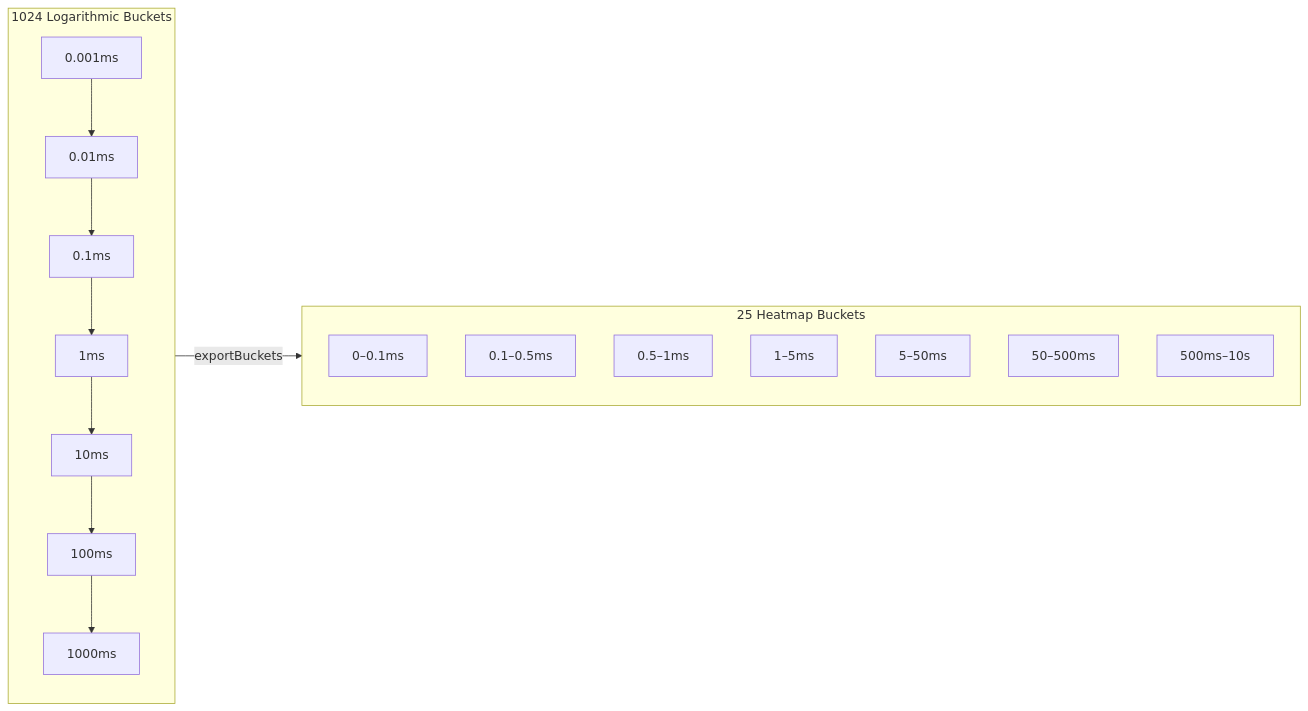
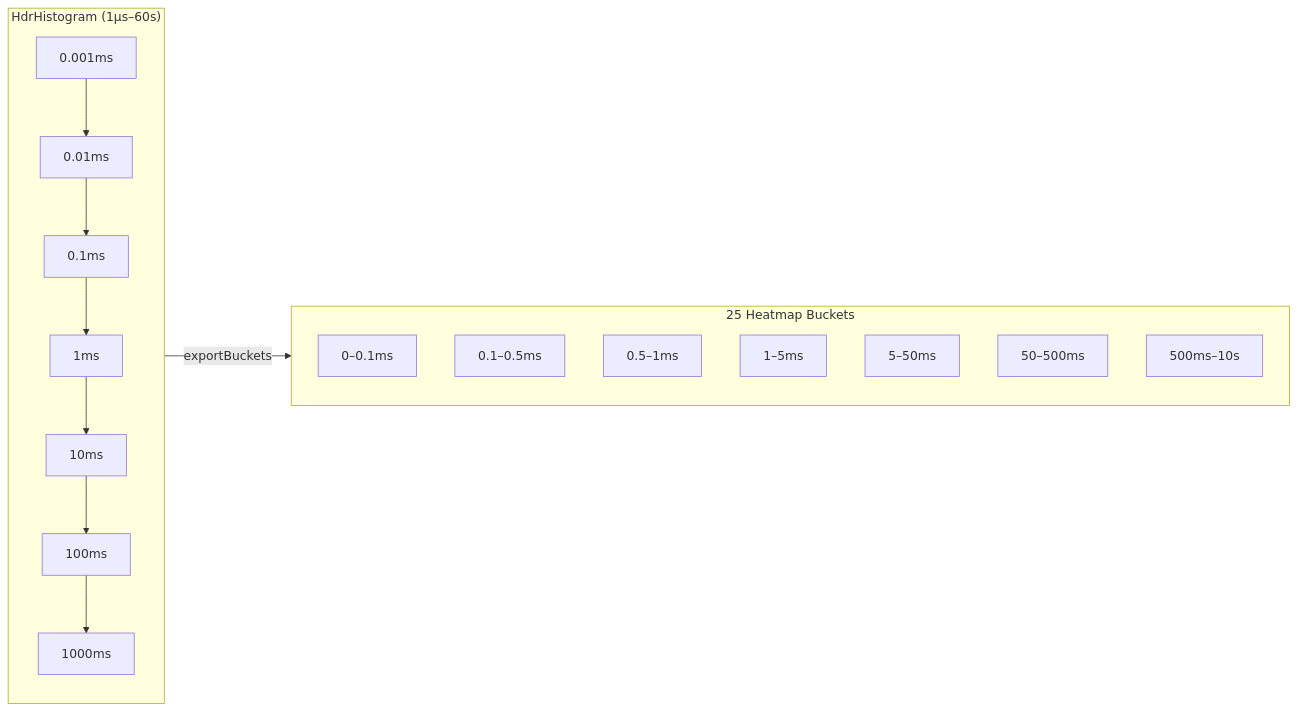
The third of 8 diagrams in docs/book/02-architecture.md (actions-marketplace-validations/bmscomp_kates), drawn with Mermaid before and after one commit. The commit also changed other lines of this file and 23 other files, not shown here.

````diff
--- a/docs/book/02-architecture.md
+++ b/docs/book/02-architecture.md
@@ -124,18 +124,18 @@
 ```mermaid
 graph LR
-    subgraph Internal["1024 Logarithmic Buckets"]
+    subgraph Internal["HdrHistogram (1µs–60s)"]
         B1["0.001ms"] --> B2["0.01ms"] --> B3["0.1ms"] --> B4["1ms"] --> B5["10ms"] --> B6["100ms"] --> B7["1000ms"]
     end
     
     subgraph Export["25 Heatmap Buckets"]
         H1["0–0.1ms"]
         H2["0.1–0.5ms"]
         H3["0.5–1ms"]
         H4["1–5ms"]
         H5["5–50ms"]
         H6["50–500ms"]
         H7["500ms–10s"]
     end
     
     Internal -->|exportBuckets| Export
 ```
````
